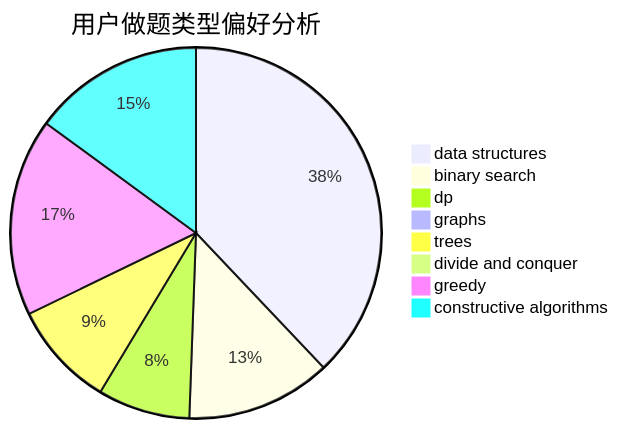
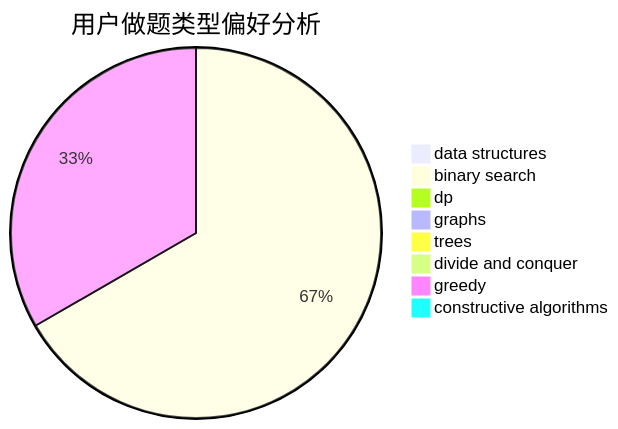
Before and after one commit to sherpahu/cfrs.github.io: the second of 3 diagrams in docs/user/u1553.md, drawn with Mermaid. The commit also changed other lines of this file and 2770 other files, not shown here.

````diff
--- a/docs/user/u1553.md
+++ b/docs/user/u1553.md
@@ -23,11 +23,11 @@
 ```mermaid
 pie title 用户做题类型偏好分析
-    "data structures" :  33
-    "binary search" :  11
-    "dp" :  7
+    "data structures" :  0
+    "binary search" :  12
+    "dp" :  0
     "graphs" :  0
-    "trees" :  8
+    "trees" :  0
     "divide and conquer" :  0
-    "greedy" :  15
-    "constructive algorithms" :  13
+    "greedy" :  6
+    "constructive algorithms" :  0
 ```
````
